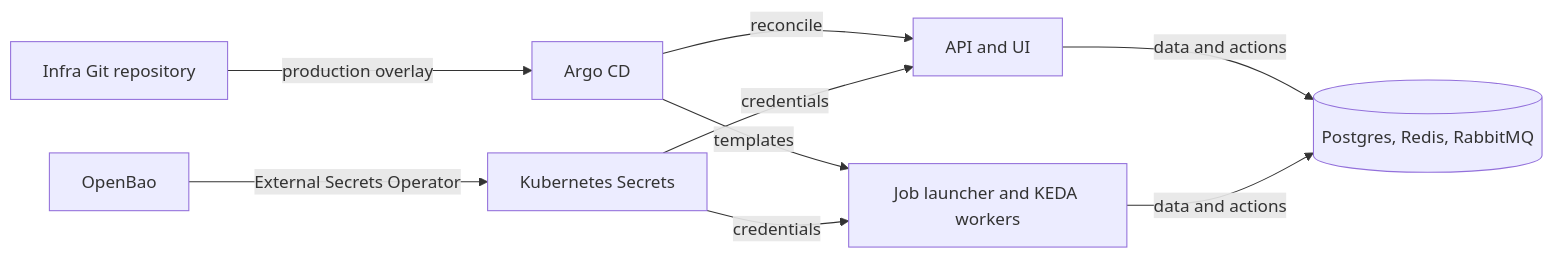
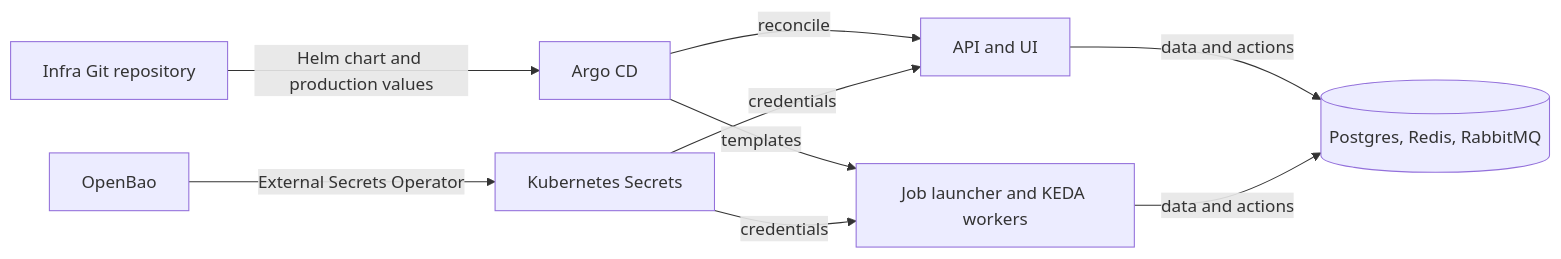
The diagram in docs/index.md (cvillarr23/fantasy-infra), drawn with Mermaid before and after one commit. The commit also changed 99 other files, not shown here.

First line of the commit message:
Retire base/ and the overlays: the Helm chart is the only source

````diff
--- a/docs/index.md
+++ b/docs/index.md
@@ -10,11 +10,11 @@
 ```mermaid
 flowchart LR
-    Git[Infra Git repository] -->|production overlay| Argo[Argo CD]
+    Git[Infra Git repository] -->|Helm chart and production values| Argo[Argo CD]
     Argo -->|reconcile| Apps[API and UI]
     Argo -->|templates| Jobs[Job launcher and KEDA workers]
     Bao[OpenBao] -->|External Secrets Operator| Secrets[Kubernetes Secrets]
     Secrets -->|credentials| Apps
     Secrets -->|credentials| Jobs
     Apps -->|data and actions| Stores[(Postgres, Redis, RabbitMQ)]
     Jobs -->|data and actions| Stores
 ```
````
